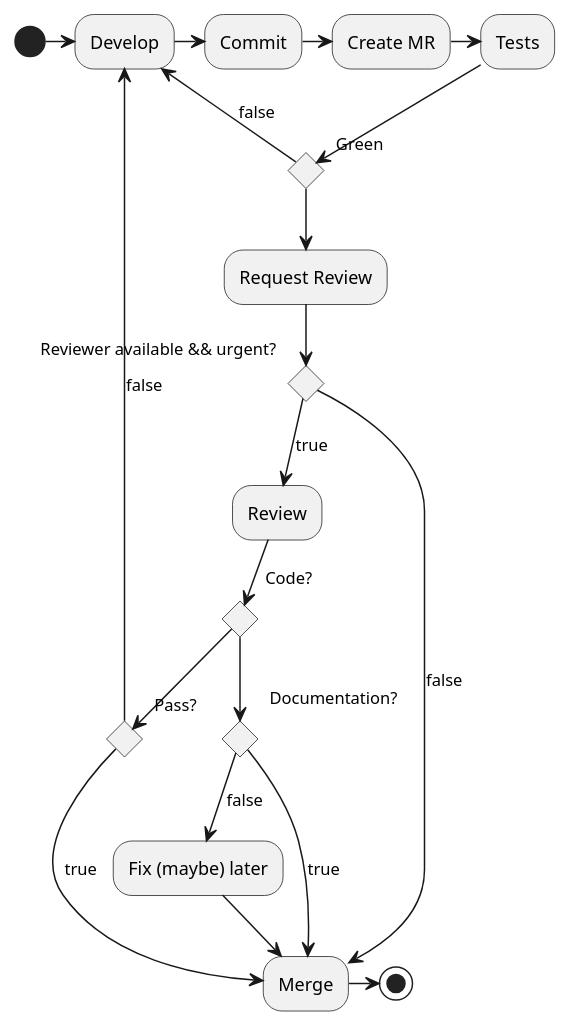
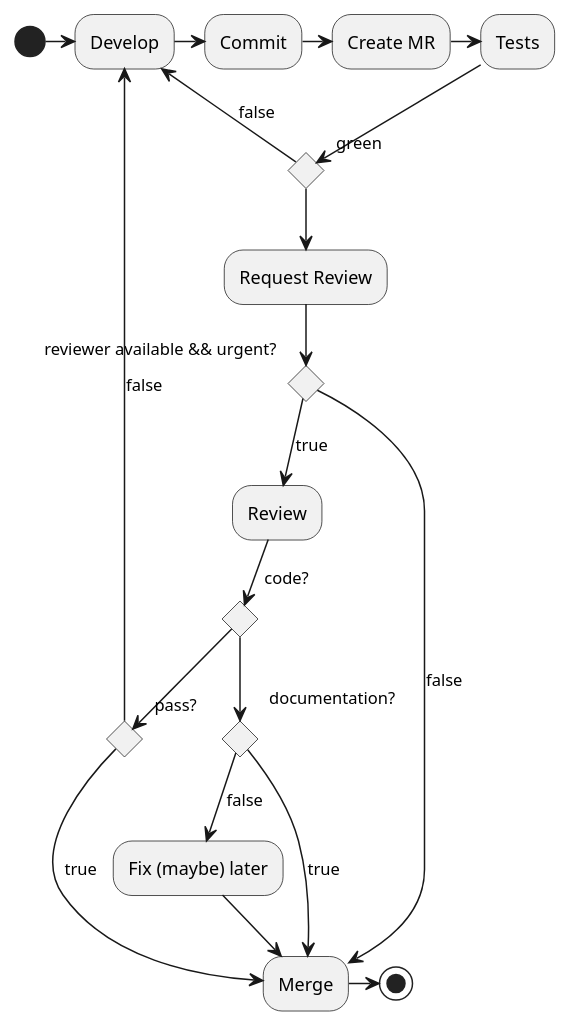
One commit to PacoVK/slides changed the second of 2 diagrams in documentation_the_good/01_intro.adoc. Above: the diagram before and after it, drawn with PlantUML. The commit also changed other lines of this file and 3 other files, not shown here.

```diff
--- a/documentation_the_good/01_intro.adoc
+++ b/documentation_the_good/01_intro.adoc
@@ -98,32 +98,32 @@
 [plantuml]
 ....
 (*) -r-> "Develop"
 -r-> "Commit"
 -r-> "Create MR"
 -r-> "Tests"
-if "Green" then
+if "green" then
     --> "Request Review"
-        if "Reviewer available && urgent?" then
+        if "reviewer available && urgent?" then
             --> [true] "Review"
-                if "Code?" then
-                    if "Pass?" then
+                if "code?" then
+                    if "pass?" then
                     --> [true] "Merge"
                     -r-> (*)
                     else
                         --> [false]  "Develop"
                     endif
                 else
-                    if "Documentation?" then
+                    if "documentation?" then
                     --> [true] "Merge"
                     else
                         --> [false]  "Fix (maybe) later"
                         --> "Merge"
                     endif
                 endif
         else
             --> [false] "Merge"
         endif
 else
     --> [false]  "Develop"
 endif
 ....
```
